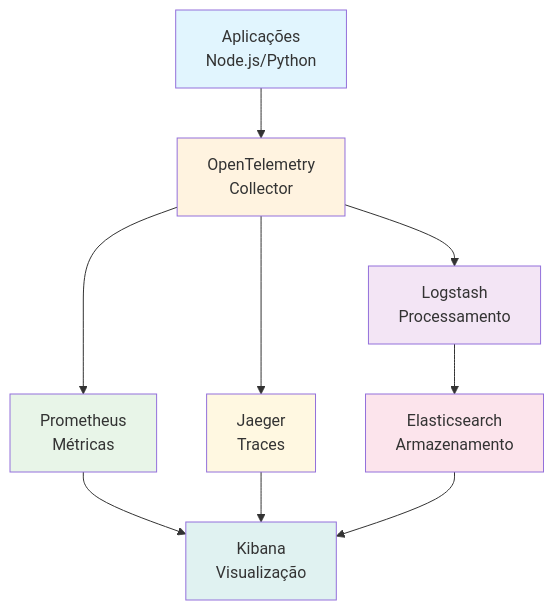
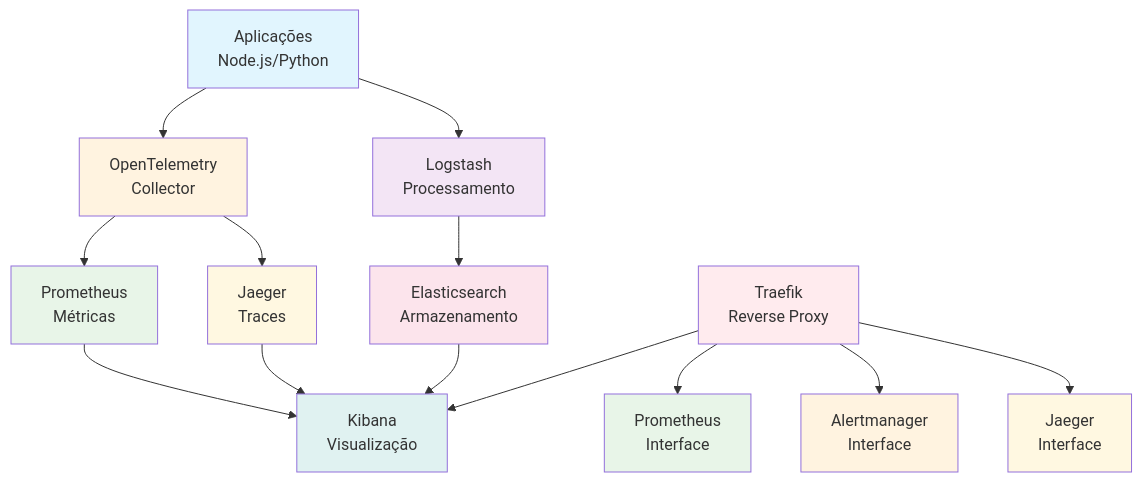
The first of 4 diagrams in README.md (rastamansp/gwan-logs), drawn with Mermaid before and after one commit. The commit also changed other lines of this file, not shown here.

Commit message:
docs: atualiza README com configurações do Traefik e novas URLs

````diff
--- a/README.md
+++ b/README.md
@@ -7,19 +7,28 @@
 ```mermaid
 graph TB
     A[Aplicações<br/>Node.js/Python] --> B[OpenTelemetry<br/>Collector]
-    B --> C[Logstash<br/>Processamento]
+    A --> C[Logstash<br/>Processamento]
     B --> D[Prometheus<br/>Métricas]
     B --> E[Jaeger<br/>Traces]
     C --> F[Elasticsearch<br/>Armazenamento]
     D --> G[Kibana<br/>Visualização]
     E --> G
     F --> G
+    
+    T[Traefik<br/>Reverse Proxy] --> G
+    T --> H[Prometheus<br/>Interface]
+    T --> I[Alertmanager<br/>Interface]
+    T --> J[Jaeger<br/>Interface]
     
     style A fill:#e1f5fe
     style B fill:#fff3e0
     style C fill:#f3e5f5
     style D fill:#e8f5e8
     style E fill:#fff8e1
     style F fill:#fce4ec
     style G fill:#e0f2f1
+    style T fill:#ffebee
+    style H fill:#e8f5e8
+    style I fill:#fff3e0
+    style J fill:#fff8e1
 ```
````
